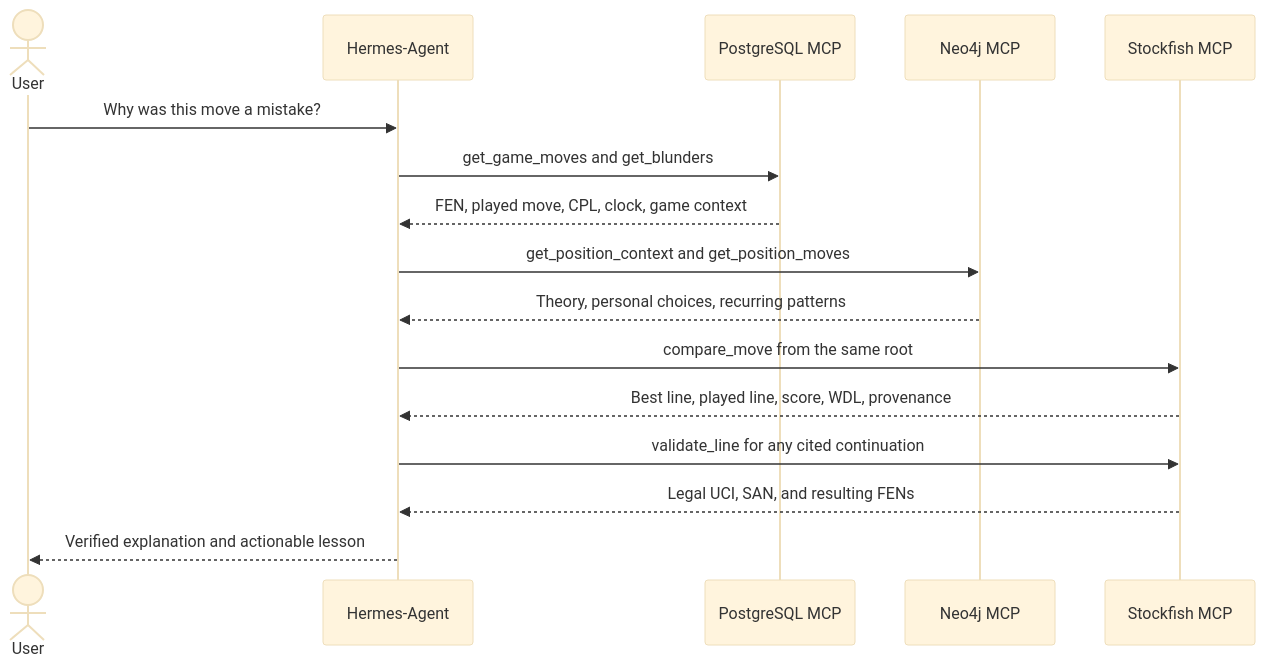
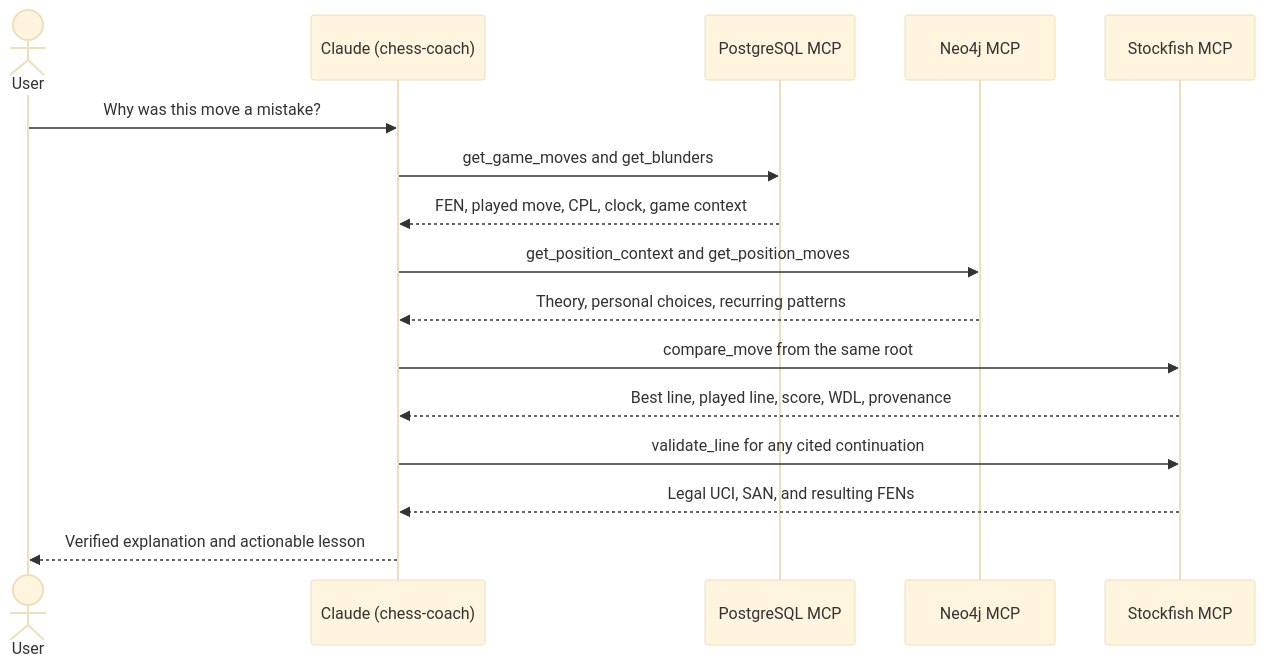
One commit to JunENSAI/ChessGraph-MCP changed the second of 2 diagrams in README.md. Above: the diagram before and after it, drawn with Mermaid (base theme). The commit also changed other lines of this file and 28 other files, not shown here.

First line of the commit message:
feat: batch 2 - Claude Code plugin replaces the Hermes host

````diff
--- a/README.md
+++ b/README.md
@@ -133,19 +134,19 @@
 ```mermaid
 sequenceDiagram
     actor User
-    participant Hermes as Hermes-Agent
+    participant Coach as Claude (chess-coach)
     participant PG as PostgreSQL MCP
     participant Graph as Neo4j MCP
     participant SF as Stockfish MCP
 
-    User->>Hermes: Why was this move a mistake?
-    Hermes->>PG: get_game_moves and get_blunders
-    PG-->>Hermes: FEN, played move, CPL, clock, game context
-    Hermes->>Graph: get_position_context and get_position_moves
-    Graph-->>Hermes: Theory, personal choices, recurring patterns
-    Hermes->>SF: compare_move from the same root
-    SF-->>Hermes: Best line, played line, score, WDL, provenance
-    Hermes->>SF: validate_line for any cited continuation
-    SF-->>Hermes: Legal UCI, SAN, and resulting FENs
-    Hermes-->>User: Verified explanation and actionable lesson
+    User->>Coach: Why was this move a mistake?
+    Coach->>PG: get_game_moves and get_blunders
+    PG-->>Coach: FEN, played move, CPL, clock, game context
+    Coach->>Graph: get_position_context and get_position_moves
+    Graph-->>Coach: Theory, personal choices, recurring patterns
+    Coach->>SF: compare_move from the same root
+    SF-->>Coach: Best line, played line, score, WDL, provenance
+    Coach->>SF: validate_line for any cited continuation
+    SF-->>Coach: Legal UCI, SAN, and resulting FENs
+    Coach-->>User: Verified explanation and actionable lesson
 ```
````
